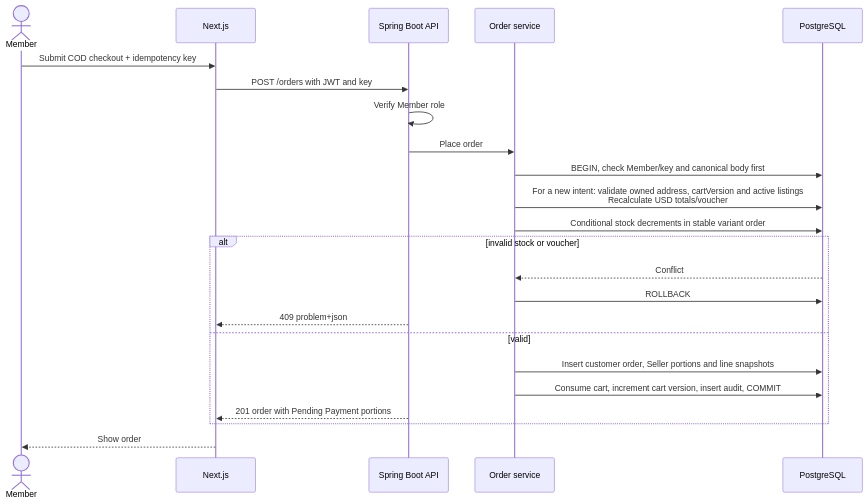
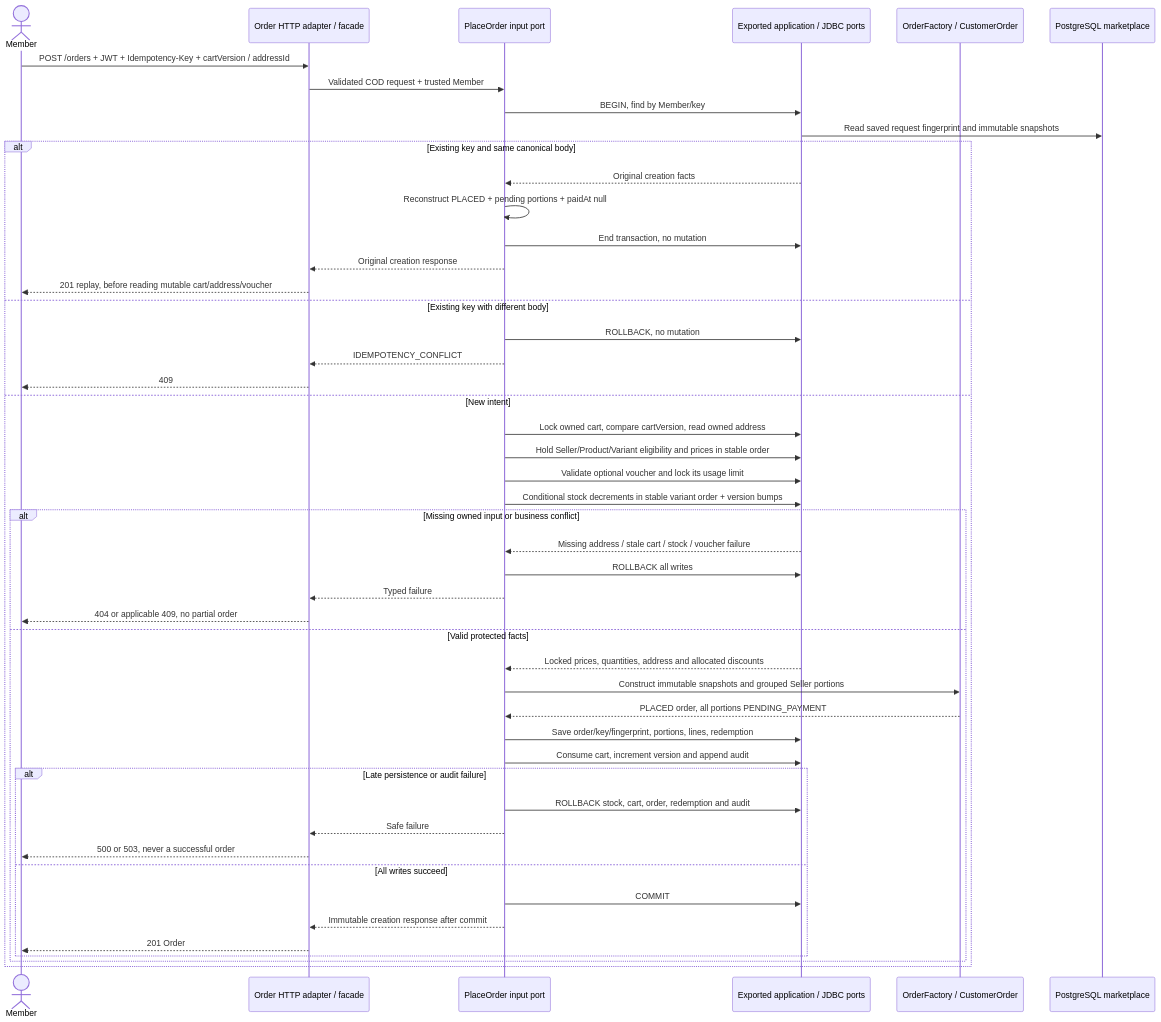
Before and after one commit to phuchoang-ecommerce-org/docs-minimal: the diagram in SolutionArchitecture/backend/sequences/cod-checkout.md, drawn with Mermaid. The commit also changed other lines of this file and 47 other files, not shown here.

````diff
--- a/SolutionArchitecture/backend/sequences/cod-checkout.md
+++ b/SolutionArchitecture/backend/sequences/cod-checkout.md
@@ -3,25 +7,50 @@
 ```mermaid
 sequenceDiagram
   actor Member
-  participant Web as Next.js
-  participant API as Spring Boot API
-  participant Order as Order service
-  participant DB as PostgreSQL
-  Member->>Web: Submit COD checkout + idempotency key
-  Web->>API: POST /orders with JWT and key
-  API->>API: Verify Member role
-  API->>Order: Place order
-  Order->>DB: BEGIN, check Member/key and canonical body first
-  Order->>DB: For a new intent: validate owned address, cartVersion and active listings<br/>Recalculate USD totals/voucher
-  Order->>DB: Conditional stock decrements in stable variant order
-  alt invalid stock or voucher
-    DB-->>Order: Conflict
-    Order->>DB: ROLLBACK
-    API-->>Web: 409 problem+json
-  else valid
-    Order->>DB: Insert customer order, Seller portions and line snapshots
-    Order->>DB: Consume cart, increment cart version, insert audit, COMMIT
-    API-->>Web: 201 order with Pending Payment portions
+  participant Web as Order HTTP adapter / facade
+  participant Handler as PlaceOrder input port
+  participant Ports as Exported application / JDBC ports
+  participant Root as OrderFactory / CustomerOrder
+  participant DB as PostgreSQL marketplace
+  Member->>Web: POST /orders + JWT + Idempotency-Key + cartVersion / addressId
+  Web->>Handler: Validated COD request + trusted Member
+  Handler->>Ports: BEGIN, find by Member/key
+  Ports->>DB: Read saved request fingerprint and immutable snapshots
+  alt Existing key and same canonical body
+    Ports-->>Handler: Original creation facts
+    Handler->>Handler: Reconstruct PLACED + pending portions + paidAt null
+    Handler->>Ports: End transaction, no mutation
+    Handler-->>Web: Original creation response
+    Web-->>Member: 201 replay, before reading mutable cart/address/voucher
+  else Existing key with different body
+    Handler->>Ports: ROLLBACK, no mutation
+    Handler-->>Web: IDEMPOTENCY_CONFLICT
+    Web-->>Member: 409
+  else New intent
+    Handler->>Ports: Lock owned cart, compare cartVersion, read owned address
+    Handler->>Ports: Hold Seller/Product/Variant eligibility and prices in stable order
+    Handler->>Ports: Validate optional voucher and lock its usage limit
+    Handler->>Ports: Conditional stock decrements in stable variant order + version bumps
+    alt Missing owned input or business conflict
+      Ports-->>Handler: Missing address / stale cart / stock / voucher failure
+      Handler->>Ports: ROLLBACK all writes
+      Handler-->>Web: Typed failure
+      Web-->>Member: 404 or applicable 409, no partial order
+    else Valid protected facts
+      Ports-->>Handler: Locked prices, quantities, address and allocated discounts
+      Handler->>Root: Construct immutable snapshots and grouped Seller portions
+      Root-->>Handler: PLACED order, all portions PENDING_PAYMENT
+      Handler->>Ports: Save order/key/fingerprint, portions, lines, redemption
+      Handler->>Ports: Consume cart, increment version and append audit
+      alt Late persistence or audit failure
+        Handler->>Ports: ROLLBACK stock, cart, order, redemption and audit
+        Handler-->>Web: Safe failure
+        Web-->>Member: 500 or 503, never a successful order
+      else All writes succeed
+        Handler->>Ports: COMMIT
+        Handler-->>Web: Immutable creation response after commit
+        Web-->>Member: 201 Order
+      end
+    end
   end
-  Web-->>Member: Show order
 ```
````
